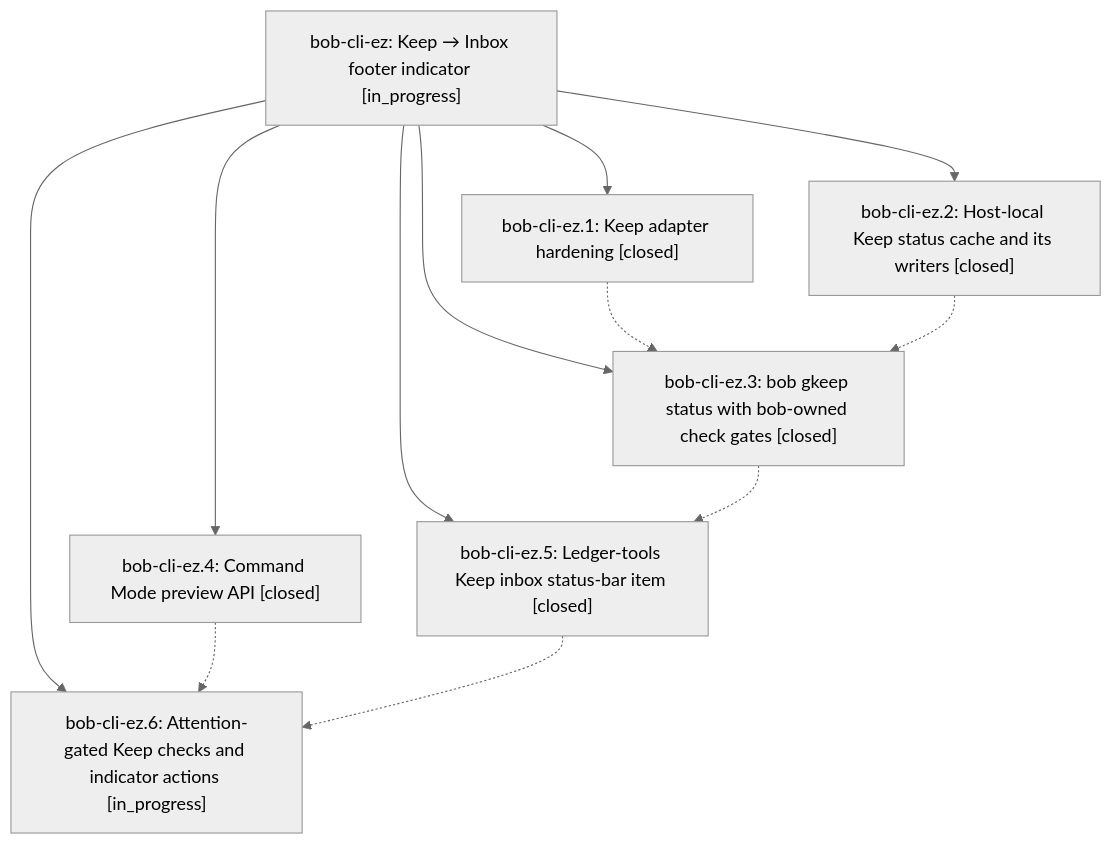
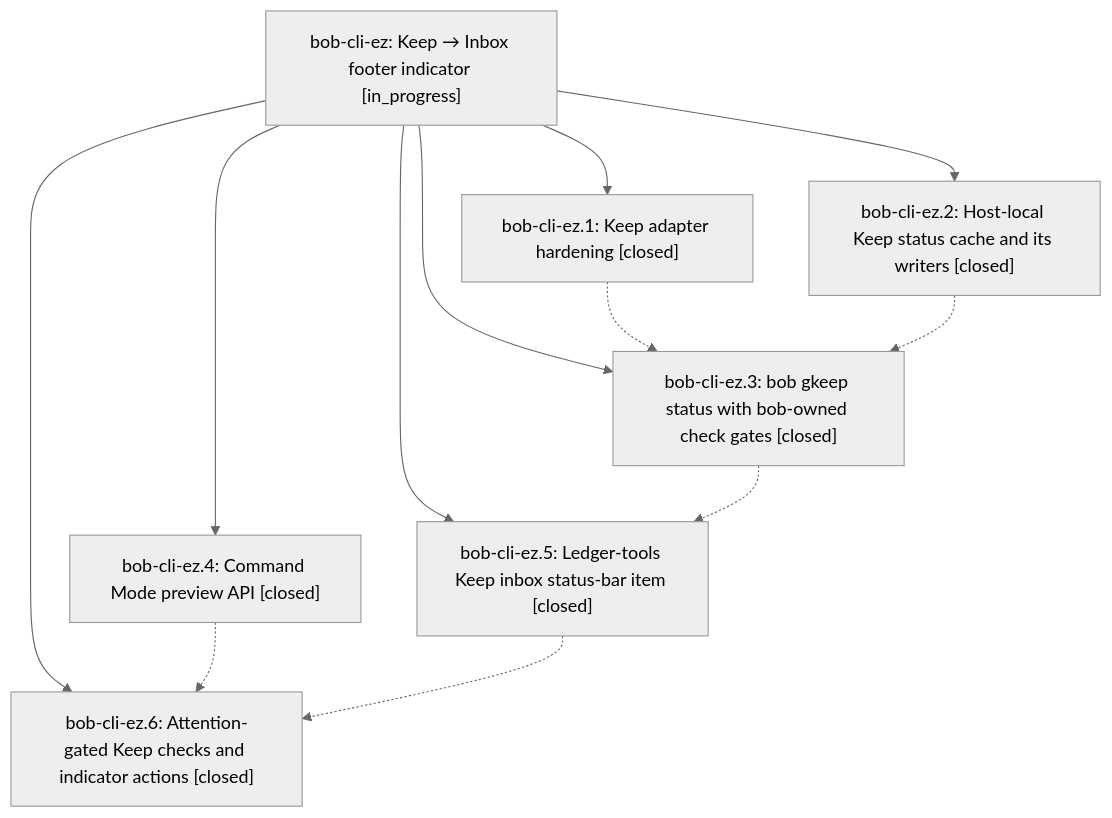
Before and after one commit to bobs-org/bob-cli--beads: the diagram in pages/bob-cli-ez/README.md, drawn with Mermaid (neutral theme). The commit also changed other lines of this file and 3 other files, not shown here.

First line of the commit message:
chore(beads): sync bead state and pages for bob-cli-ez

````diff
--- a/pages/bob-cli-ez/README.md
+++ b/pages/bob-cli-ez/README.md
@@ -39,21 +39,21 @@
 ```mermaid
 flowchart TD
     n0["bob-cli-ez: Keep → Inbox footer indicator [in_progress]"]
     n1["bob-cli-ez.1: Keep adapter hardening [closed]"]
     n2["bob-cli-ez.2: Host-local Keep status cache and its writers [closed]"]
     n3["bob-cli-ez.3: bob gkeep status with bob-owned check gates [closed]"]
     n4["bob-cli-ez.4: Command Mode preview API [closed]"]
     n5["bob-cli-ez.5: Ledger-tools Keep inbox status-bar item [closed]"]
-    n6["bob-cli-ez.6: Attention-gated Keep checks and indicator actions [in_progress]"]
+    n6["bob-cli-ez.6: Attention-gated Keep checks and indicator actions [closed]"]
     n0 --> n1
     n0 --> n2
     n0 --> n3
     n0 --> n4
     n0 --> n5
     n0 --> n6
     n1 -.-> n3
     n2 -.-> n3
     n3 -.-> n5
     n4 -.-> n6
     n5 -.-> n6
 ```
````
